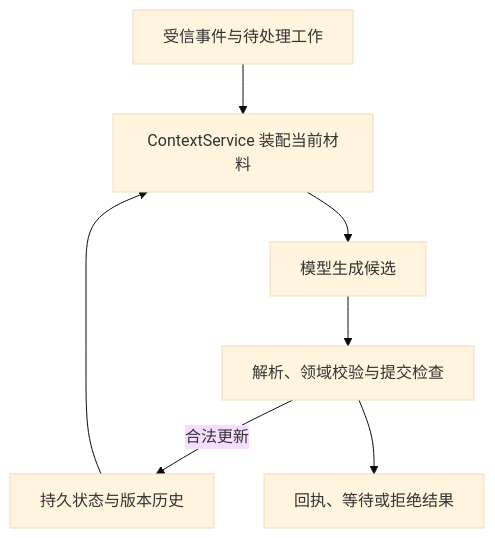
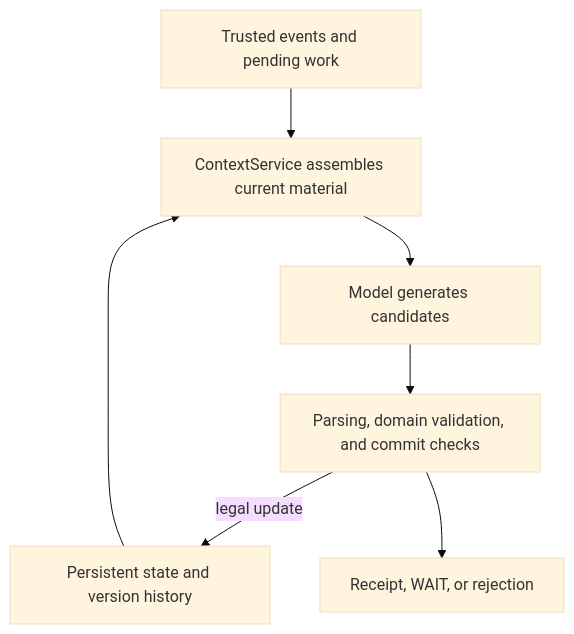
Before and after one commit to YoAkaruTurtle/QUINTESSENCE: the first of 2 diagrams in ARCHITECTURE.md, drawn with Mermaid (base theme). The commit also changed other lines of this file and 9 other files, not shown here.

````diff
--- a/ARCHITECTURE.md
+++ b/ARCHITECTURE.md
@@ -56,9 +60,9 @@
 ```mermaid
 flowchart TD
-    E["受信事件与待处理工作"] --> C["ContextService 装配当前材料"]
-    S["持久状态与版本历史"] --> C
-    C --> M["模型生成候选"]
-    M --> V["解析、领域校验与提交检查"]
-    V -->|合法更新| S
-    V --> O["回执、等待或拒绝结果"]
+    E["Trusted events and pending work"] --> C["ContextService assembles current material"]
+    S["Persistent state and version history"] --> C
+    C --> M["Model generates candidates"]
+    M --> V["Parsing, domain validation, and commit checks"]
+    V -->|legal update| S
+    V --> O["Receipt, WAIT, or rejection"]
 ```
````
